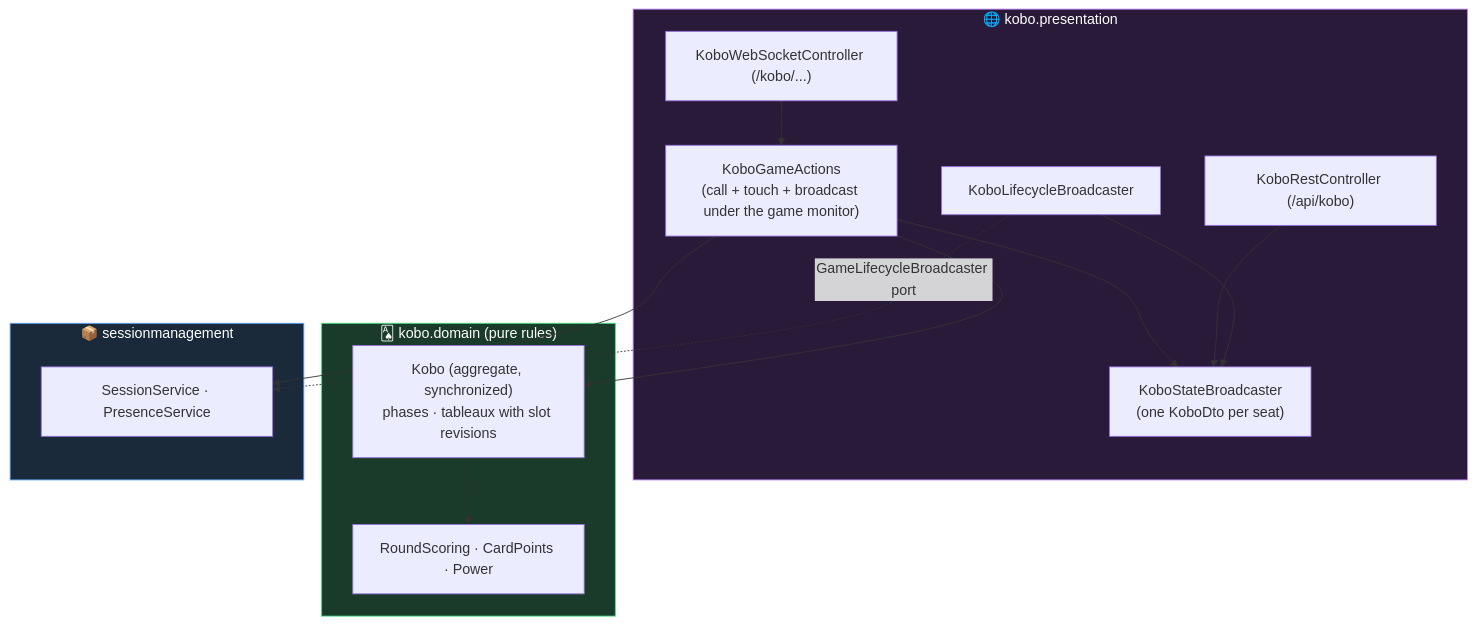
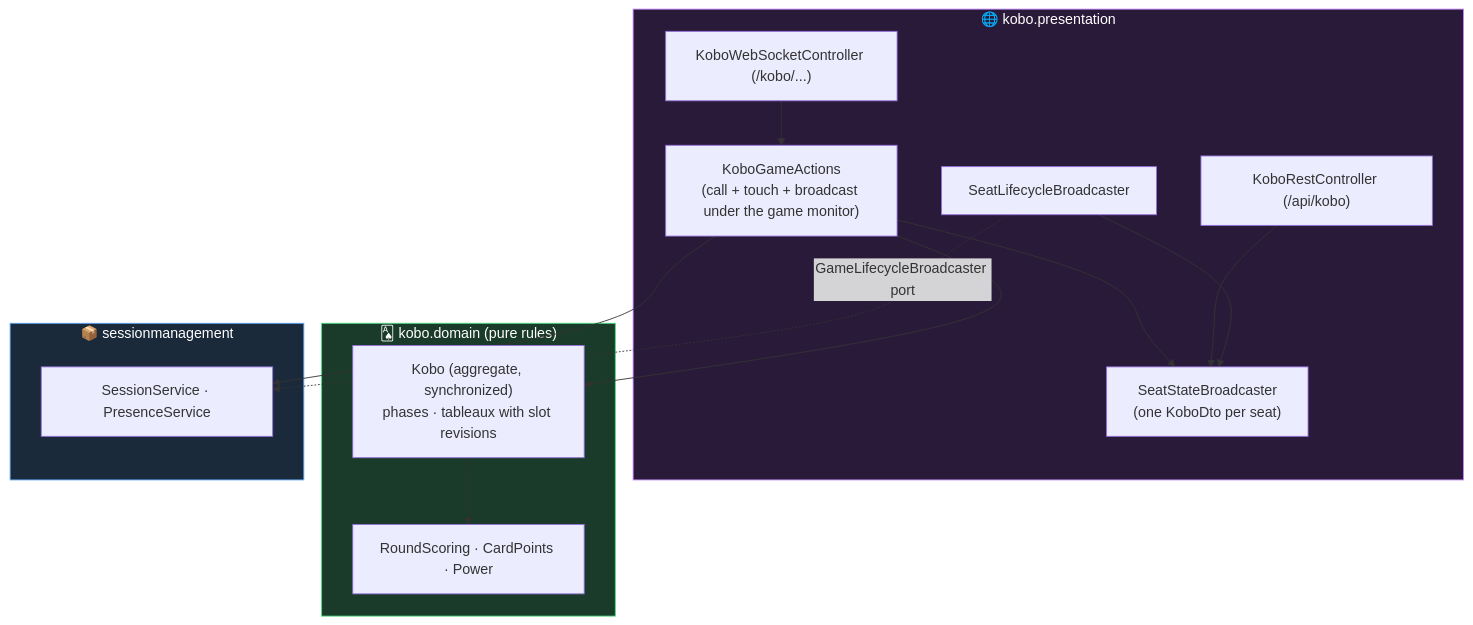
Before and after one commit to KevinKib/BatailleCorse: the third of 3 diagrams in docs/architecture/context-map.md, drawn with Mermaid. The commit also changed other lines of this file and 39 other files, not shown here.

First line of the commit message:
refactor: generic seat state and lifecycle broadcasters

````diff
--- a/docs/architecture/context-map.md
+++ b/docs/architecture/context-map.md
@@ -106,31 +106,31 @@
 ```mermaid
 graph TB
     subgraph KP["🌐 kobo.presentation"]
         KWS["KoboWebSocketController (/kobo/...)"]
         KREST["KoboRestController (/api/kobo)"]
         KACT["KoboGameActions<br/>(call + touch + broadcast under the game monitor)"]
-        KBC["KoboStateBroadcaster<br/>(one KoboDto per seat)"]
-        KLC["KoboLifecycleBroadcaster"]
+        KBC["SeatStateBroadcaster<Kobo, KoboDto><br/>(one KoboDto per seat)"]
+        KLC["SeatLifecycleBroadcaster<Kobo>"]
         KWS --> KACT --> KBC
         KREST --> KBC
         KLC --> KBC
     end
 
     subgraph KD["🂡 kobo.domain (pure rules)"]
         KOBO["Kobo (aggregate, synchronized)<br/>phases · tableaux with slot revisions"]
         SCORE["RoundScoring · CardPoints · Power"]
         KOBO --> SCORE
     end
 
     subgraph SM["📦 sessionmanagement"]
         SS3["SessionService · PresenceService"]
     end
 
     KACT --> KOBO
     KACT --> SS3
     KLC -. "GameLifecycleBroadcaster port" .-> SS3
 
     style KP fill:#2a1a3a,stroke:#c084fc,color:#fff
     style KD fill:#1a3a2a,stroke:#4ade80,color:#fff
     style SM fill:#1a2a3a,stroke:#60a5fa,color:#fff
 ```
````
